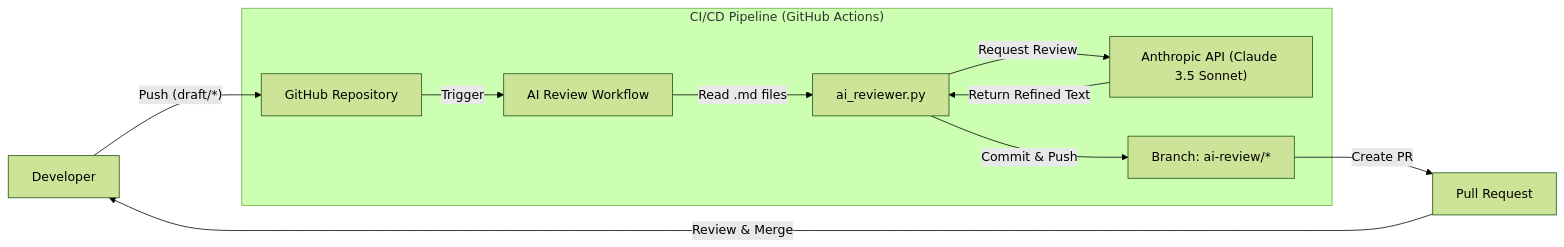
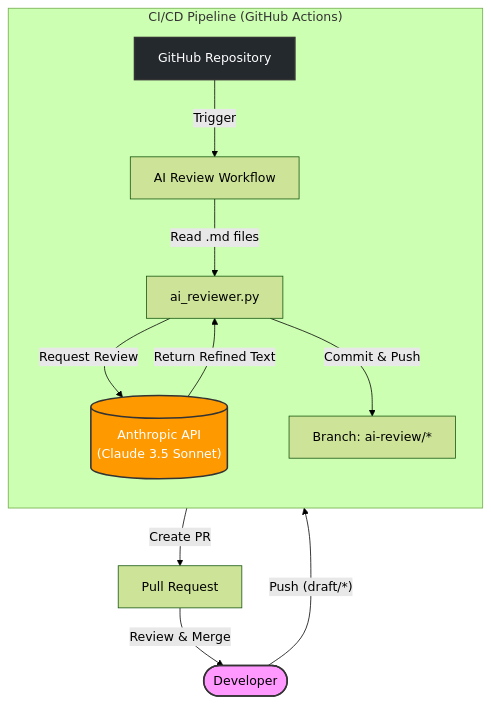
The diagram in README.md (shayate811/AI-zenn-contents-review), drawn with Mermaid (forest theme) before and after one commit.

````diff
--- a/README.md
+++ b/README.md
@@ -12,13 +12,26 @@
 ```mermaid
-graph LR
-    User[Developer] -->|"Push (draft/*)"| GH[GitHub Repository]
+graph TD
+    %% ノードのスタイル定義（見やすくするための装飾）
+    classDef actor fill:#f9f,stroke:#333,stroke-width:2px;
+    classDef gh fill:#24292e,stroke:#333,stroke-width:2px,color:#fff;
+    classDef ext fill:#ff9900,stroke:#333,stroke-width:2px,color:white;
+
+    User([Developer]) -->|"Push (draft/*)"| GH[GitHub Repository]
+
     subgraph "CI/CD Pipeline (GitHub Actions)"
+        direction TB
         GH -->|Trigger| Action[AI Review Workflow]
         Action -->|"Read .md files"| Python[ai_reviewer.py]
-        Python -->|"Request Review"| API["Anthropic API (Claude 3.5 Sonnet)"]
+        Python -->|"Request Review"| API[("Anthropic API<br>(Claude 3.5 Sonnet)")]
         API -->|"Return Refined Text"| Python
         Python -->|"Commit & Push"| NewBranch["Branch: ai-review/*"]
     end
+
     NewBranch -->|"Create PR"| PR[Pull Request]
     PR -->|"Review & Merge"| User
+
+    %% クラスの適用
+    class User actor;
+    class GH gh;
+    class API ext;
 ```
````
